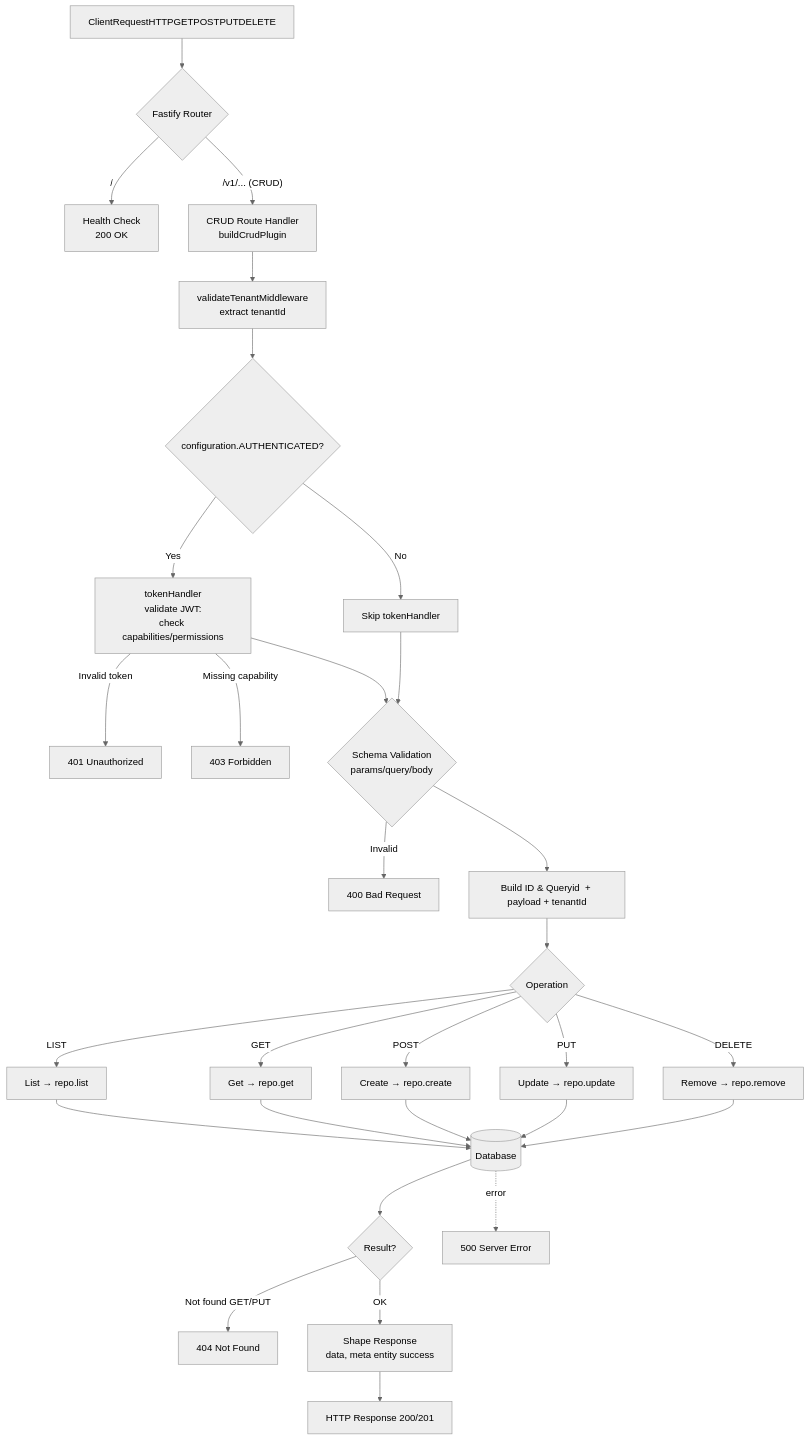
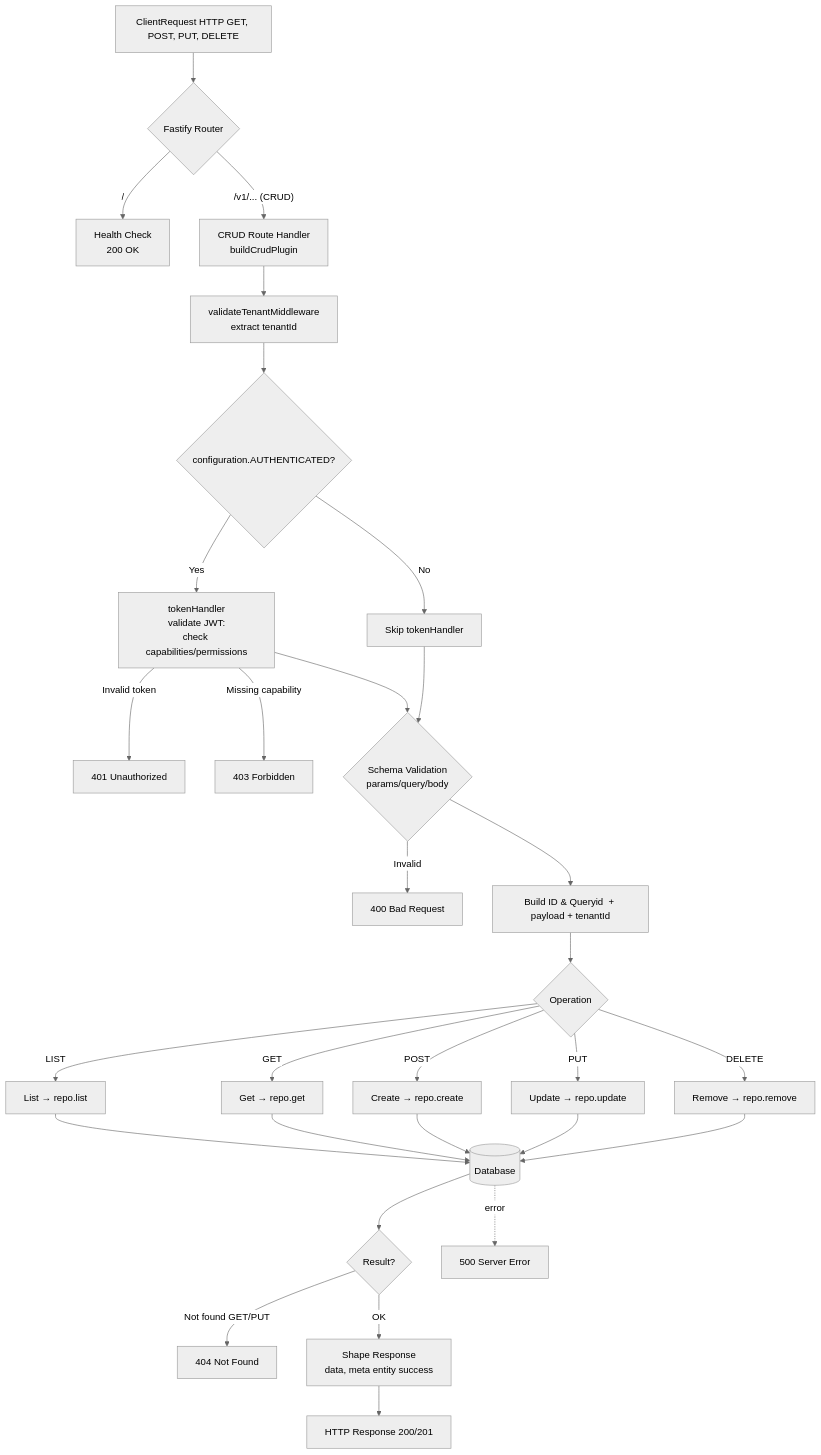
The third of 3 diagrams in README.md (tazama-lf/admin-service), drawn with Mermaid (neutral theme) before and after one commit. The commit also changed other lines of this file, not shown here.

Commit message:
docs: add spaces between methods

````diff
--- a/README.md
+++ b/README.md
@@ -353,46 +353,46 @@
 ```mermaid
 flowchart TD
-  A[ClientRequestHTTPGETPOSTPUTDELETE] --> B{Fastify Router}
+  A[ClientRequest HTTP GET, POST, PUT, DELETE] --> B{Fastify Router}
   B -->|"/"| HC[Health Check
 200 OK]
   B -->|"/v1/... (CRUD)"| C[CRUD Route Handler
 buildCrudPlugin]
 
   C --> VTM[validateTenantMiddleware
 extract tenantId]
   VTM --> D{configuration.AUTHENTICATED?}
 
   D -->|Yes| TK[tokenHandler
 validate JWT:
 check capabilities/permissions]
   D -->|No| E[Skip tokenHandler]
 
   TK -->|Invalid token| U401[401 Unauthorized]
   TK -->|Missing capability| U403[403 Forbidden]
   TK --> QS
 
   E --> QS{Schema Validation
 params/query/body}
   QS -->|Invalid| U400[400 Bad Request]
   QS --> P[Build ID & Queryid  + payload + tenantId]
 
   P --> R{Operation}
   R -->|LIST| RL[List → repo.list]
   R -->|GET| RG[Get → repo.get]
   R -->|POST| RC[Create → repo.create]
   R -->|PUT| RU[Update → repo.update]
   R -->|DELETE| RD[Remove → repo.remove]
 
   RL --> DB[(Database)]
   RG --> DB
   RC --> DB
   RU --> DB
   RD --> DB
 
   DB --> X{Result?}
   X -->|Not found GET/PUT| U404[404 Not Found]
   X -->|OK| S[Shape Response
 data, meta  entity  success]
   S --> Z[HTTP Response 200/201]
   DB -.error.-> U500[500 Server Error]
 ```
````
